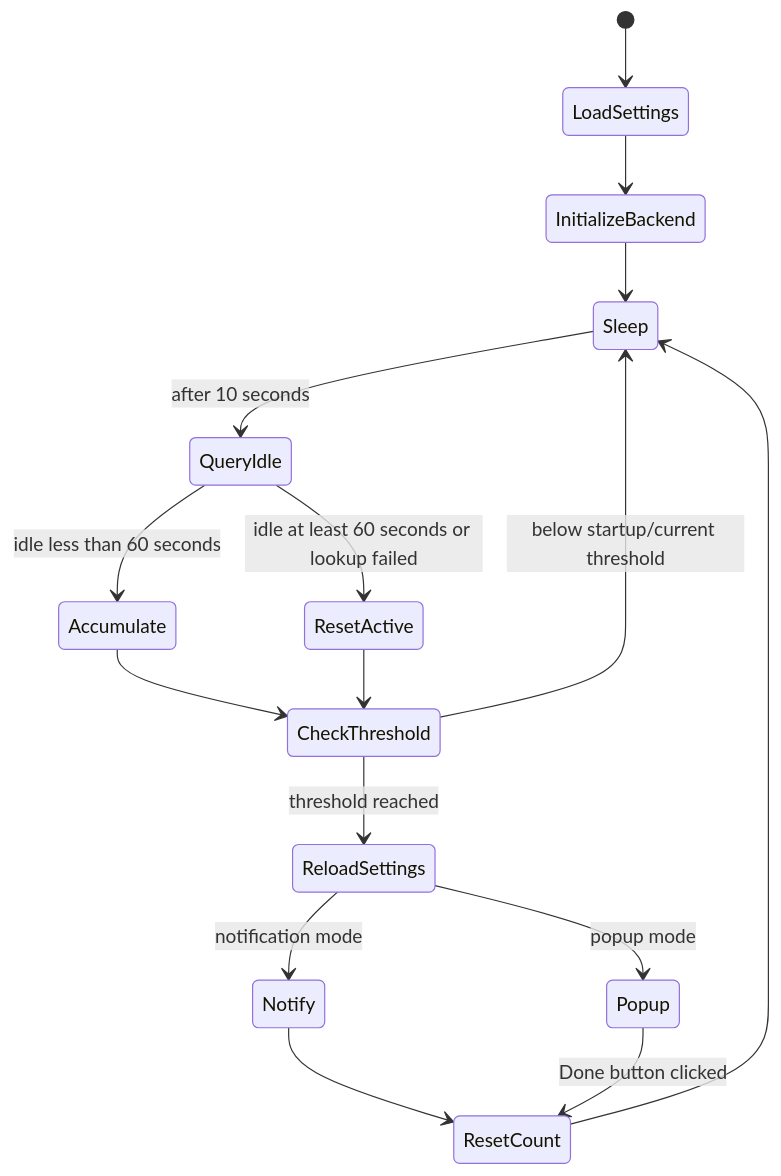
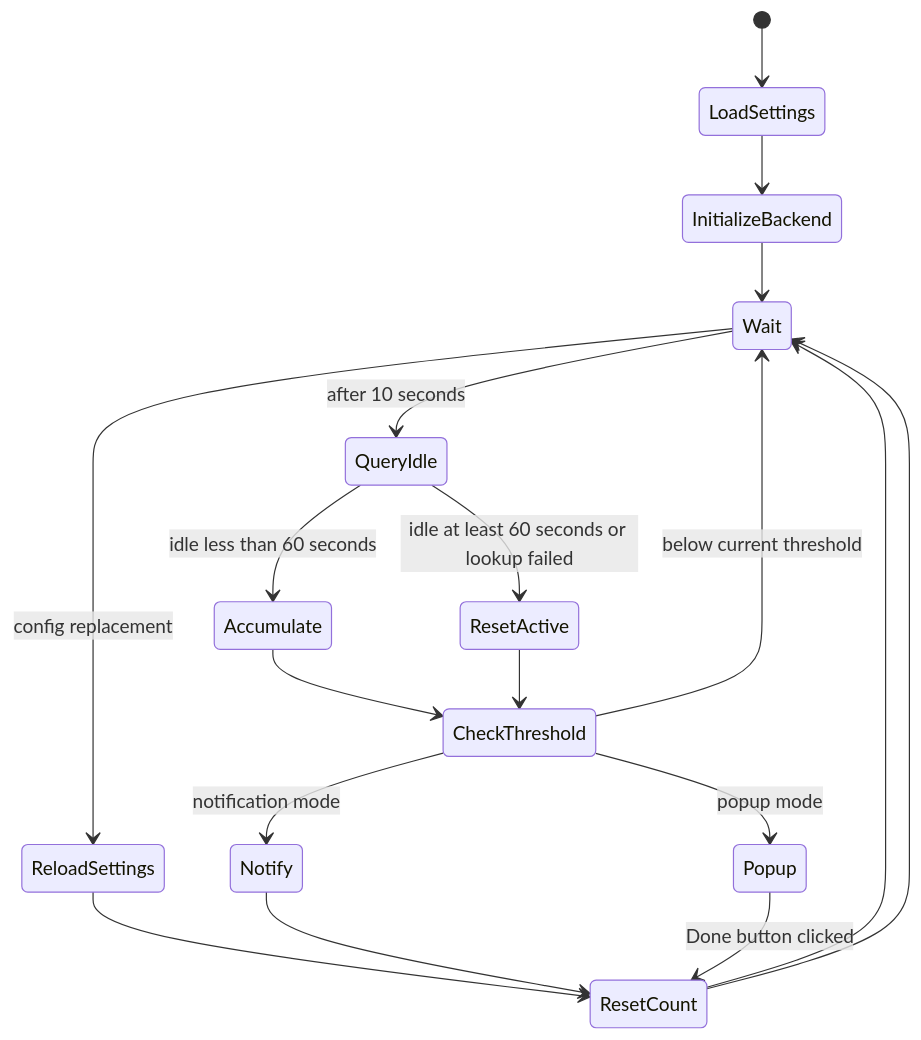
The second of 2 diagrams in docs/ARCHITECTURE.md (KLX1899/eyeki), drawn with Mermaid before and after one commit. The commit also changed other lines of this file and 16 other files, not shown here.

````diff
--- a/docs/ARCHITECTURE.md
+++ b/docs/ARCHITECTURE.md
@@ -51,18 +56,20 @@
 ```mermaid
 stateDiagram-v2
     [*] --> LoadSettings
     LoadSettings --> InitializeBackend
-    InitializeBackend --> Sleep
-    Sleep --> QueryIdle: after 10 seconds
+    InitializeBackend --> Wait
+    Wait --> ReloadSettings: config replacement
+    ReloadSettings --> ResetCount
+    ResetCount --> Wait
+    Wait --> QueryIdle: after 10 seconds
     QueryIdle --> Accumulate: idle less than 60 seconds
     QueryIdle --> ResetActive: idle at least 60 seconds or lookup failed
     Accumulate --> CheckThreshold
     ResetActive --> CheckThreshold
-    CheckThreshold --> Sleep: below startup/current threshold
-    CheckThreshold --> ReloadSettings: threshold reached
-    ReloadSettings --> Notify: notification mode
-    ReloadSettings --> Popup: popup mode
+    CheckThreshold --> Wait: below current threshold
+    CheckThreshold --> Notify: notification mode
+    CheckThreshold --> Popup: popup mode
     Notify --> ResetCount
     Popup --> ResetCount: Done button clicked
-    ResetCount --> Sleep
+    ResetCount --> Wait
 ```
````
